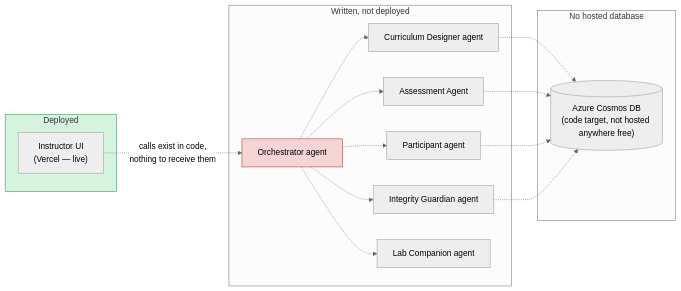
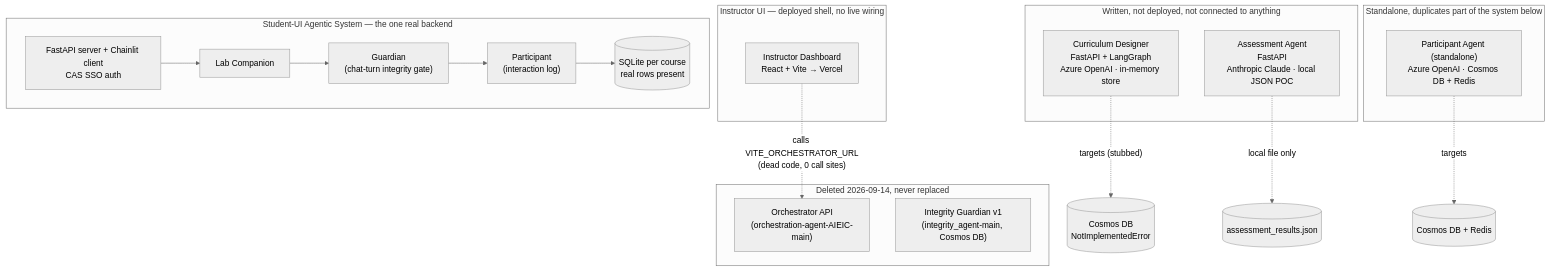
The first of 2 diagrams in current state vs future state.md (jeronperey/Dashboard-for-AIEIC), drawn with Mermaid (neutral theme) before and after one commit. The commit also changed other lines of this file, not shown here.

````diff
--- a/current state vs future state.md
+++ b/current state vs future state.md
@@ -35,33 +15,34 @@
 ```mermaid
-flowchart LR
-  subgraph Deployed
-    IUI["Instructor UI\n(Vercel — live)"]
-  end
+flowchart TB
+    subgraph UI["Instructor UI — deployed shell, no live wiring"]
+        IUI["Instructor Dashboard<br/>React + Vite → Vercel"]
+    end
 
-  subgraph "Written, not deployed"
-    ORCH["Orchestrator agent"]
-    CD["Curriculum Designer agent"]
-    AA["Assessment Agent"]
-    PA["Participant agent"]
-    IG["Integrity Guardian agent"]
-    LC["Lab Companion agent"]
-  end
+    subgraph Gone["Deleted 2026-09-14, never replaced"]
+        ORCH["Orchestrator API<br/>(orchestration-agent-AIEIC-main)"]
+        OLDIG["Integrity Guardian v1<br/>(integrity_agent-main, Cosmos DB)"]
+    end
 
-  subgraph "No hosted database"
-    DB[("Azure Cosmos DB\n(code target, not hosted anywhere free)")]
-  end
+    subgraph Isolated["Written, not deployed, not connected to anything"]
+        CD["Curriculum Designer<br/>FastAPI + LangGraph<br/>Azure OpenAI · in-memory store"]
+        AA["Assessment Agent<br/>FastAPI<br/>Anthropic Claude · local JSON POC"]
+    end
 
-  IUI -.->|"calls exist in code,\nnothing to receive them"| ORCH
-  ORCH -.-> CD
-  ORCH -.-> AA
-  ORCH -.-> PA
-  ORCH -.-> LC
-  ORCH -.-> IG
-  CD -.-> DB
-  AA -.-> DB
-  PA -.-> DB
-  IG -.-> DB
+    subgraph Dup["Standalone, duplicates part of the system below"]
+        PASTANDALONE["Participant Agent (standalone)<br/>Azure OpenAI · Cosmos DB + Redis"]
+    end
 
-  style Deployed fill:#d4f4dd,stroke:#2d8a4e
-  style ORCH fill:#f4d4d4,stroke:#a03030
+    subgraph Real["Student-UI Agentic System — the one real backend"]
+        SUI["FastAPI server + Chainlit client<br/>CAS SSO auth"]
+        LC["Lab Companion"]
+        GD["Guardian<br/>(chat-turn integrity gate)"]
+        PA["Participant<br/>(interaction log)"]
+        SQ[("SQLite per course<br/>real rows present")]
+        SUI --> LC --> GD --> PA --> SQ
+    end
+
+    IUI -.->|"calls VITE_ORCHESTRATOR_URL<br/>(dead code, 0 call sites)"| ORCH
+    CD -.->|"targets (stubbed)"| COSMOS1[("Cosmos DB<br/>NotImplementedError")]
+    AA -.->|"local file only"| JSON[("assessment_results.json")]
+    PASTANDALONE -.->|"targets"| COSMOS2[("Cosmos DB + Redis")]
 ```
````
